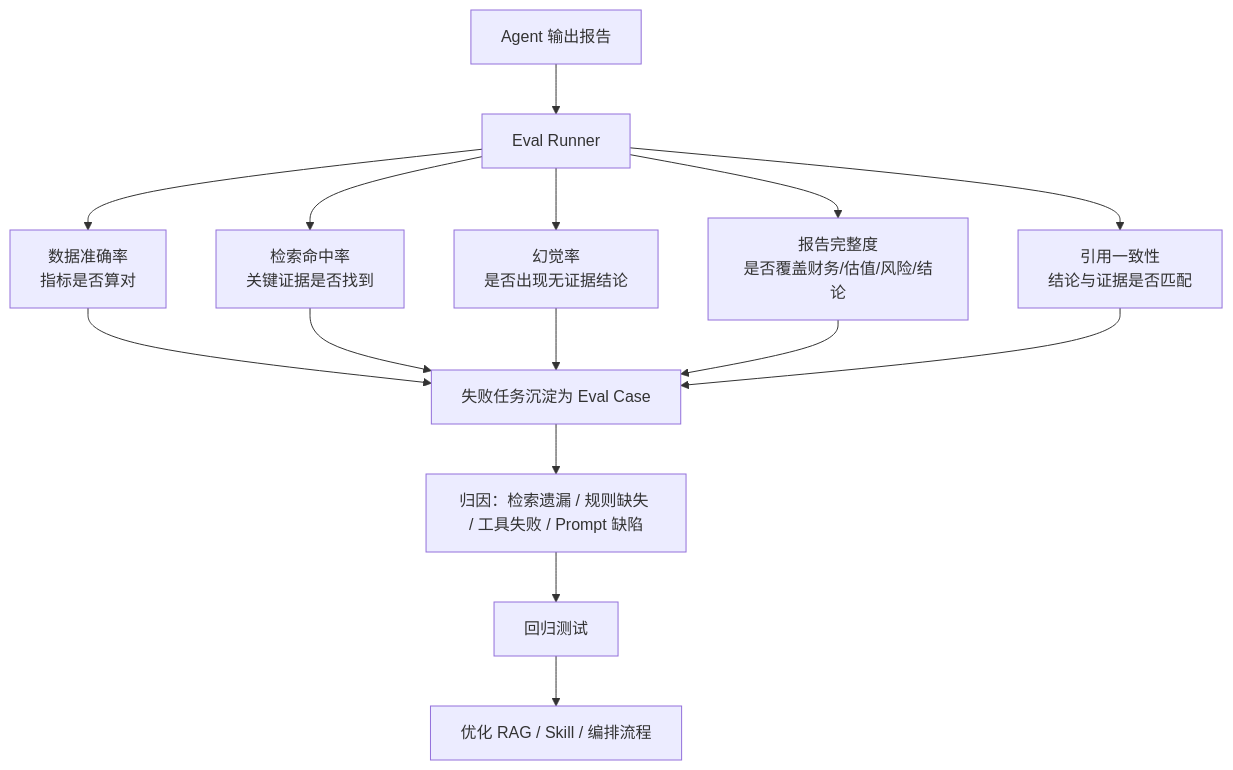
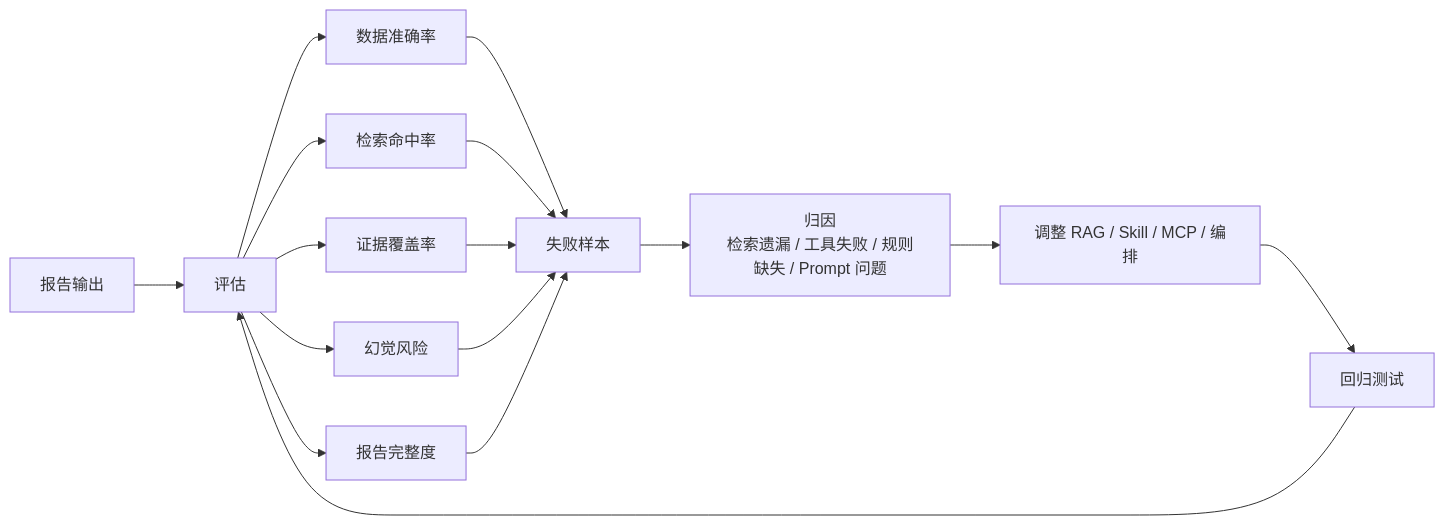
One commit to ljt-sss/A_stock_analysis_agent changed the eighth of 9 diagrams in README.md. Above: the diagram before and after it, drawn with Mermaid. The commit also changed other lines of this file and 47 other files, not shown here.

````diff
--- a/README.md
+++ b/README.md
@@ -316,18 +302,19 @@
 ```mermaid
-flowchart TB
-    Report["Agent 输出报告"] --> Eval["Eval Runner"]
-    Eval --> A["数据准确率<br/>指标是否算对"]
-    Eval --> B["检索命中率<br/>关键证据是否找到"]
-    Eval --> C["幻觉率<br/>是否出现无证据结论"]
-    Eval --> D["报告完整度<br/>是否覆盖财务/估值/风险/结论"]
-    Eval --> E["引用一致性<br/>结论与证据是否匹配"]
+flowchart LR
+    Report["报告输出"] --> Eval["评估"]
+    Eval --> A["数据准确率"]
+    Eval --> B["检索命中率"]
+    Eval --> C["证据覆盖率"]
+    Eval --> D["幻觉风险"]
+    Eval --> E["报告完整度"]
 
-    A --> Case["失败任务沉淀为 Eval Case"]
+    A --> Case["失败样本"]
     B --> Case
     C --> Case
     D --> Case
     E --> Case
-    Case --> Fix["归因：检索遗漏 / 规则缺失 / 工具失败 / Prompt 缺陷"]
+    Case --> Cause["归因<br/>检索遗漏 / 工具失败 / 规则缺失 / Prompt 问题"]
+    Cause --> Fix["调整 RAG / Skill / MCP / 编排"]
     Fix --> Regression["回归测试"]
-    Regression --> Better["优化 RAG / Skill / 编排流程"]
+    Regression --> Eval
 ```
````
